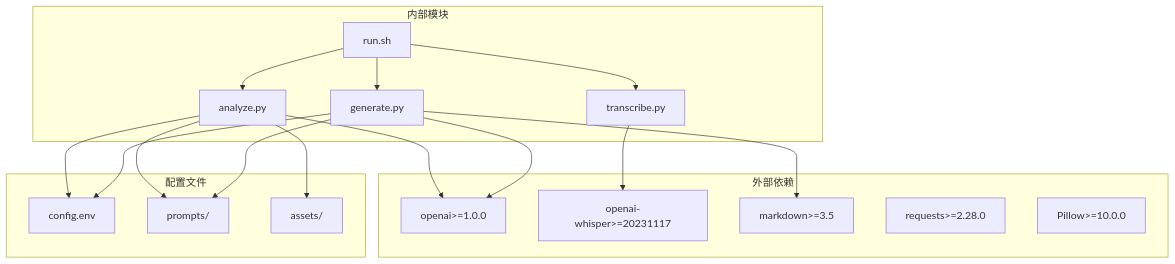
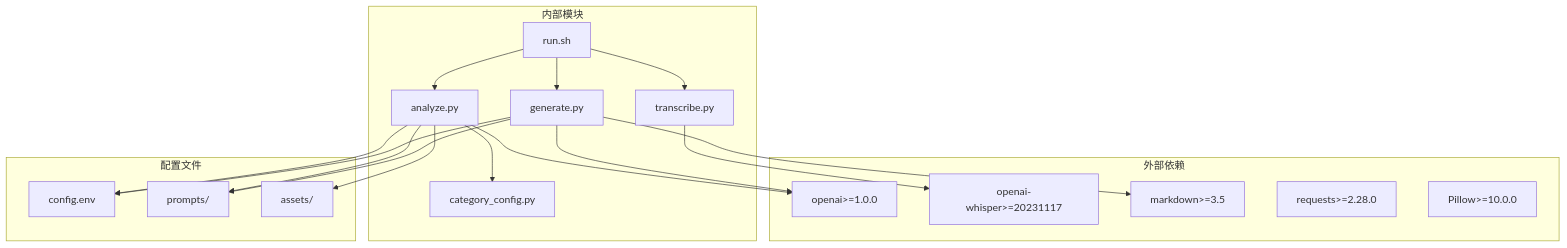
The eighth of 8 diagrams in .qoder/repowiki/zh/content/核心模块详解/多模态分析模块.md (WongMingJiu/landingpage-test-hero-page), drawn with Mermaid before and after one commit. The commit also changed other lines of this file and 6 other files, not shown here.

````diff
--- a/.qoder/repowiki/zh/content/核心模块详解/多模态分析模块.md
+++ b/.qoder/repowiki/zh/content/核心模块详解/多模态分析模块.md
@@ -425,33 +485,35 @@
 ```mermaid
 graph TB
 subgraph "外部依赖"
 OPENAI[openai>=1.0.0]
 WHISPER[openai-whisper>=20231117]
 MARKDOWN[markdown>=3.5]
 REQUESTS[requests>=2.28.0]
 PIL[Pillow>=10.0.0]
 end
 subgraph "内部模块"
 RUNNER[run.sh]
 TRANS[transcribe.py]
 ANALYZE[analyze.py]
 GEN[generate.py]
+CATEGORY[category_config.py]
 end
 subgraph "配置文件"
 ENV[config.env]
 PROMPTS[prompts/]
 ASSETS[assets/]
 end
 RUNNER --> TRANS
 RUNNER --> ANALYZE
 RUNNER --> GEN
 TRANS --> WHISPER
 ANALYZE --> OPENAI
+ANALYZE --> CATEGORY
 GEN --> OPENAI
 GEN --> MARKDOWN
 ANALYZE --> ENV
 GEN --> ENV
 ANALYZE --> PROMPTS
 ANALYZE --> ASSETS
 GEN --> PROMPTS
 ```
````
